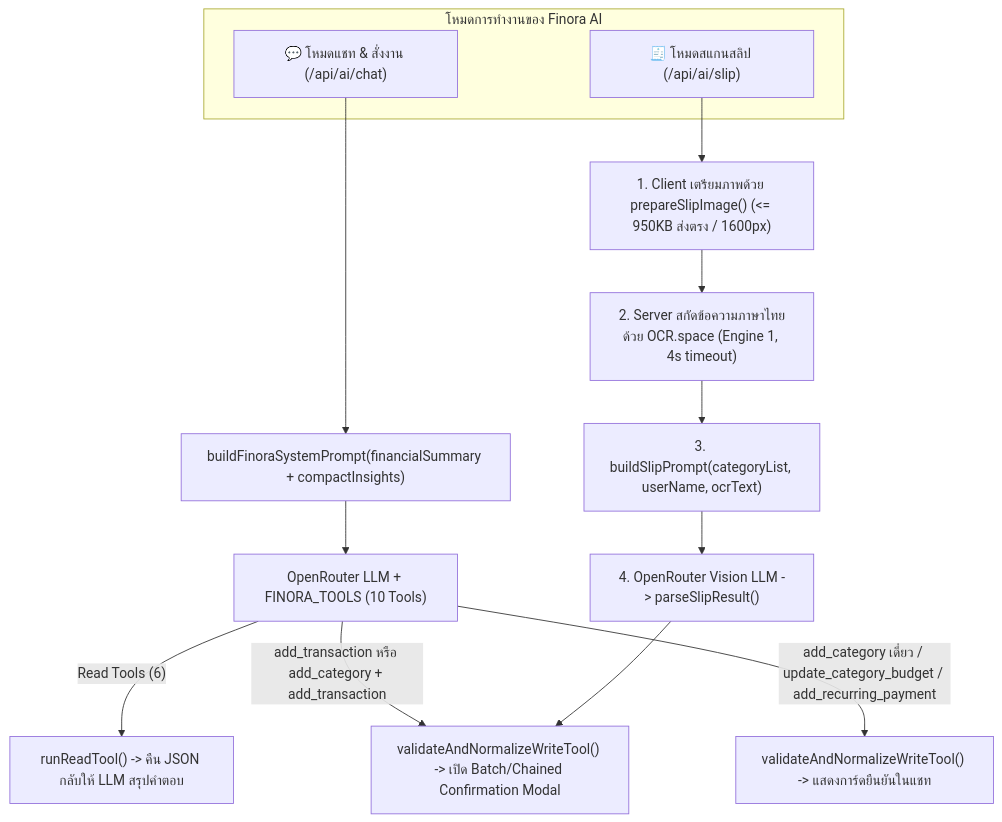
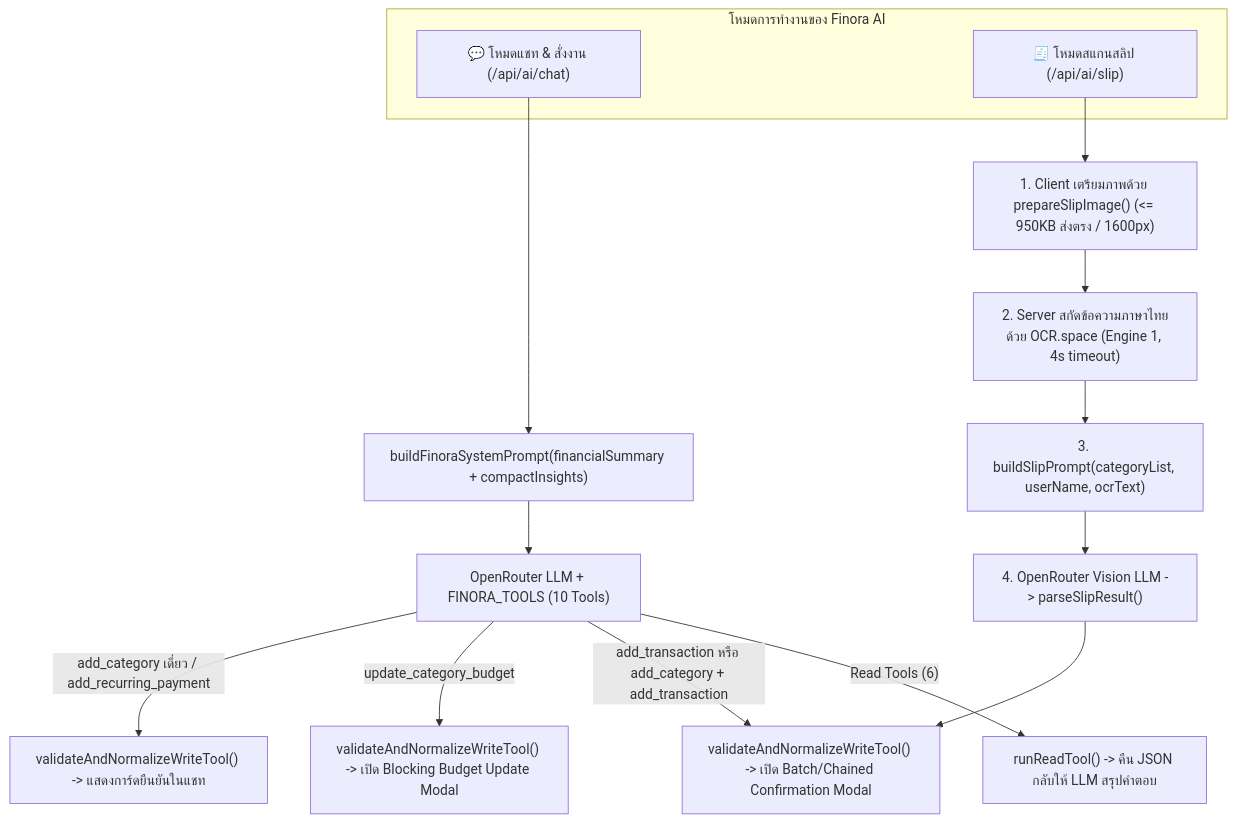
The diagram in docs/AI_TOOLS_AND_PROMPTS.md (ratchanonswu/Finora), drawn with Mermaid before and after one commit. The commit also changed other lines of this file and 3 other files, not shown here.

````diff
--- a/docs/AI_TOOLS_AND_PROMPTS.md
+++ b/docs/AI_TOOLS_AND_PROMPTS.md
@@ -36,20 +36,21 @@
 ```mermaid
 flowchart TD
     subgraph Modes["โหมดการทำงานของ Finora AI"]
         Chat["💬 โหมดแชท & สั่งงาน (/api/ai/chat)"]
         Slip["🧾 โหมดสแกนสลิป (/api/ai/slip)"]
     end
 
     Chat --> SysPrompt["buildFinoraSystemPrompt(financialSummary + compactInsights)"]
     SysPrompt --> ORChat["OpenRouter LLM + FINORA_TOOLS (10 Tools)"]
 
     ORChat -->|"Read Tools (6)"| AutoRun["runReadTool() -> คืน JSON กลับให้ LLM สรุปคำตอบ"]
     ORChat -->|"add_transaction หรือ add_category + add_transaction"| BatchModal["validateAndNormalizeWriteTool() -> เปิด Batch/Chained Confirmation Modal"]
-    ORChat -->|"add_category เดี่ยว / update_category_budget / add_recurring_payment"| CardConfirm["validateAndNormalizeWriteTool() -> แสดงการ์ดยืนยันในแชท"]
+    ORChat -->|"update_category_budget"| BudgetModal["validateAndNormalizeWriteTool() -> เปิด Blocking Budget Update Modal"]
+    ORChat -->|"add_category เดี่ยว / add_recurring_payment"| CardConfirm["validateAndNormalizeWriteTool() -> แสดงการ์ดยืนยันในแชท"]
 
     Slip --> ClientPrep["1. Client เตรียมภาพด้วย prepareSlipImage() (<= 950KB ส่งตรง / 1600px)"]
     ClientPrep --> ServerOCR["2. Server สกัดข้อความภาษาไทยด้วย OCR.space (Engine 1, 4s timeout)"]
     ServerOCR --> VisionPrompt["3. buildSlipPrompt(categoryList, userName, ocrText)"]
     VisionPrompt --> ORVision["4. OpenRouter Vision LLM -> parseSlipResult()"]
     ORVision --> BatchModal
 ```
````
